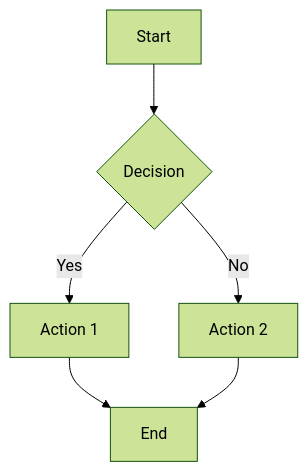
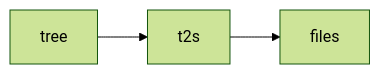
The diagram in README.md (lancekrogers/mermaider.nvim), drawn with Mermaid (forest theme) before and after one commit. The commit also changed other lines of this file, not shown here.

First line of the commit message:
Point mermaider.nvim at this fork and fix the hero image

````diff
--- a/README.md
+++ b/README.md
@@ -157,8 +44,5 @@
 ```mermaid
-graph TD
-    A[Start] --> B{Decision}
-    B -->|Yes| C[Action 1]
-    B -->|No| D[Action 2]
-    C --> E[End]
-    D --> E
+flowchart LR
+    A[tree] --> B[t2s]
+    B --> C[files]
 ```
````
